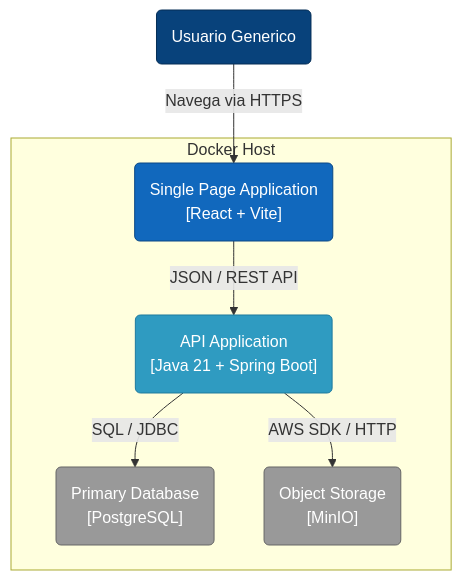
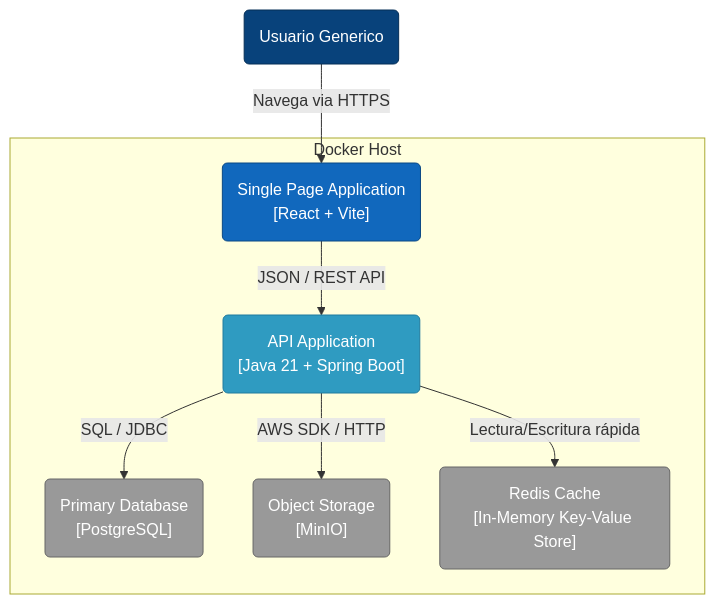
The second of 3 diagrams in docs/architecture/c4-model.md (LucaLzt/OpenLearning), drawn with Mermaid before and after one commit. The commit also changed 3 other files, not shown here.

First line of the commit message:
docs: include Redis for JWT blacklisting architecture

````diff
--- a/docs/architecture/c4-model.md
+++ b/docs/architecture/c4-model.md
@@ -49,23 +49,25 @@
 ```mermaid
 graph TD
     %% Estilos
     classDef user fill: #08427b, stroke: #052e56, color: #fff
     classDef spa fill: #1168bd, stroke: #0b4884, color: #fff
     classDef api fill: #2f9bc1, stroke: #1f7a9e, color: #fff
     classDef db fill: #999, stroke: #666, color: #fff
     %% Actores
         User(Usuario Generico):::user
     %% Contenedores
     subgraph Docker Host
         WebApp("Single Page Application\n[React + Vite]"):::spa
         Backend("API Application\n[Java 21 + Spring Boot]"):::api
         Database("Primary Database\n[PostgreSQL]"):::db
         BlobStore("Object Storage\n[MinIO]"):::db
+        Cache("Redis Cache\n[In-Memory Key-Value Store]"):::db
     end
 
     %% Relaciones
     User -->|Navega via HTTPS| WebApp
     WebApp -->|JSON / REST API| Backend
     Backend -->|SQL / JDBC| Database
     Backend -->|AWS SDK / HTTP| BlobStore
+    Backend -->|Lectura/Escritura rápida| Cache
 ```
````
